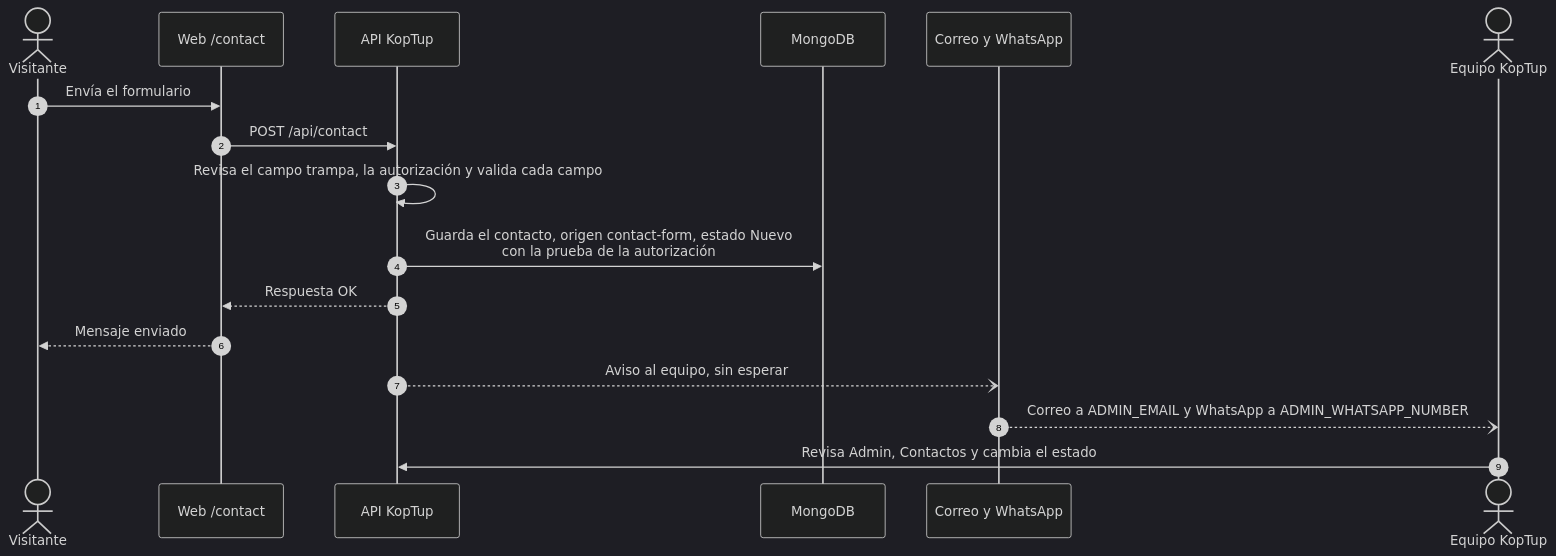
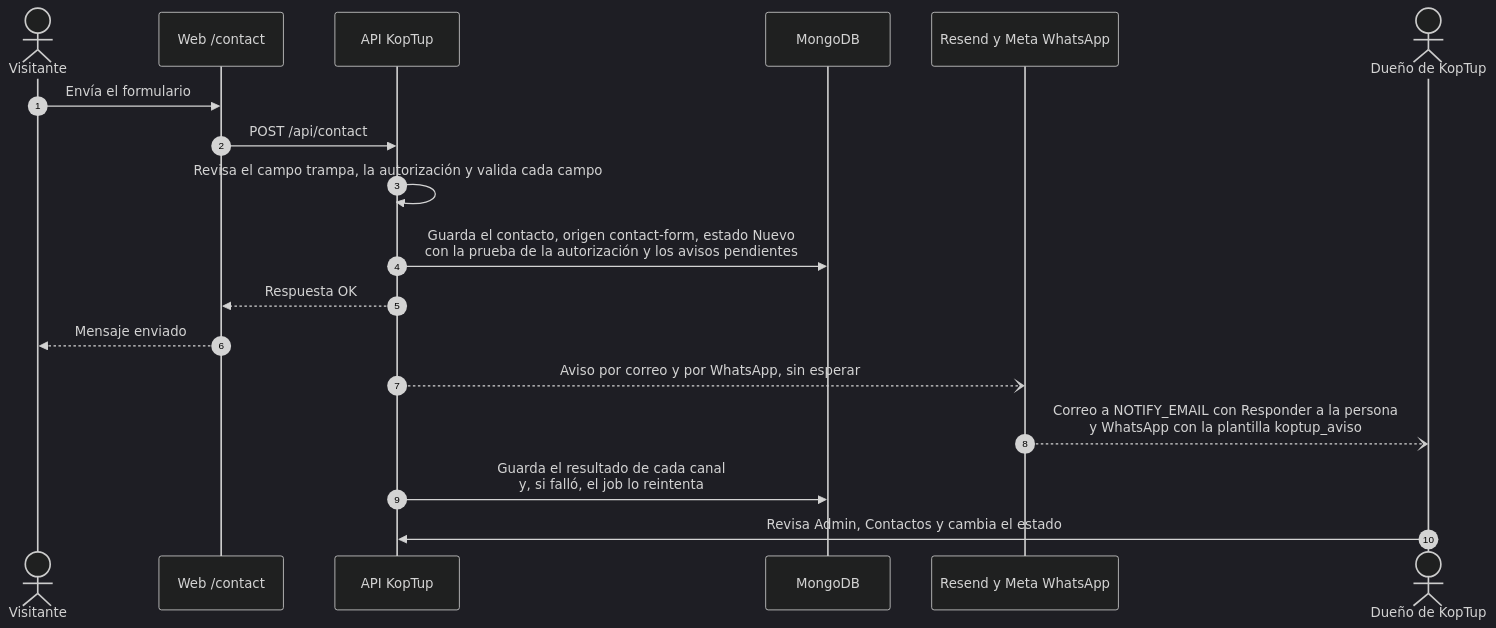
One commit to ronalc90/koptup changed the sixth of 9 diagrams in docs/wiki/Doc-04-Flujos-del-Visitante.md. Above: the diagram before and after it, drawn with Mermaid (dark theme). The commit also changed other lines of this file and 45 other files, not shown here.

First line of the commit message:
docs(avisos): configuración de Resend y de la plantilla de WhatsApp, operación y wiki

````diff
--- a/docs/wiki/Doc-04-Flujos-del-Visitante.md
+++ b/docs/wiki/Doc-04-Flujos-del-Visitante.md
@@ -452,19 +452,20 @@
 ```mermaid
 sequenceDiagram
     autonumber
     actor V as Visitante
     participant W as Web /contact
     participant A as API KopTup
     participant M as MongoDB
-    participant N as Correo y WhatsApp
-    actor E as Equipo KopTup
+    participant N as Resend y Meta WhatsApp
+    actor E as Dueño de KopTup
     V->>W: Envía el formulario
     W->>A: POST /api/contact
     A->>A: Revisa el campo trampa, la autorización y valida cada campo
-    A->>M: Guarda el contacto, origen contact-form, estado Nuevo<br/>con la prueba de la autorización
+    A->>M: Guarda el contacto, origen contact-form, estado Nuevo<br/>con la prueba de la autorización y los avisos pendientes
     A-->>W: Respuesta OK
     W-->>V: Mensaje enviado
-    A--)N: Aviso al equipo, sin esperar
-    N--)E: Correo a ADMIN_EMAIL y WhatsApp a ADMIN_WHATSAPP_NUMBER
+    A--)N: Aviso por correo y por WhatsApp, sin esperar
+    N--)E: Correo a NOTIFY_EMAIL con Responder a la persona<br/>y WhatsApp con la plantilla koptup_aviso
+    A->>M: Guarda el resultado de cada canal<br/>y, si falló, el job lo reintenta
     E->>A: Revisa Admin, Contactos y cambia el estado
 ```
````
